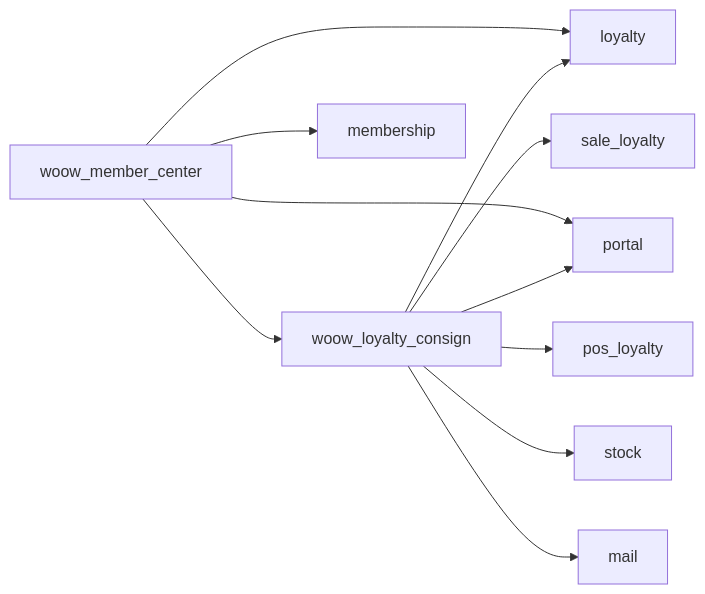
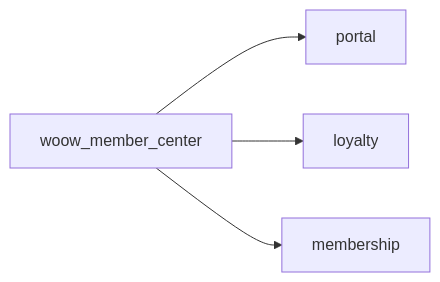
The diagram in README_zh-TW.md (WOOWTECH/Woow_odoo_loyalty_card_enhance), drawn with Mermaid before and after one commit. The commit also changed other lines of this file and 52 other files, not shown here.

````diff
--- a/README_zh-TW.md
+++ b/README_zh-TW.md
@@ -362,13 +159,6 @@
 ```mermaid
 graph LR
-    WLC[woow_loyalty_consign] --> loyalty
-    WLC --> sale_loyalty
-    WLC --> pos_loyalty
-    WLC --> stock
-    WLC --> portal
-    WLC --> mail
     WMC[woow_member_center] --> portal
     WMC --> loyalty
     WMC --> membership
-    WMC --> WLC
 ```
````
